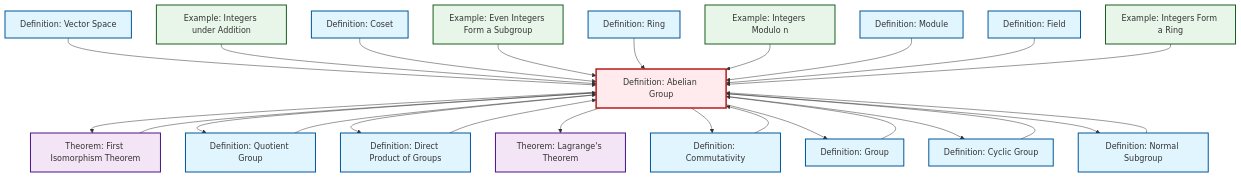
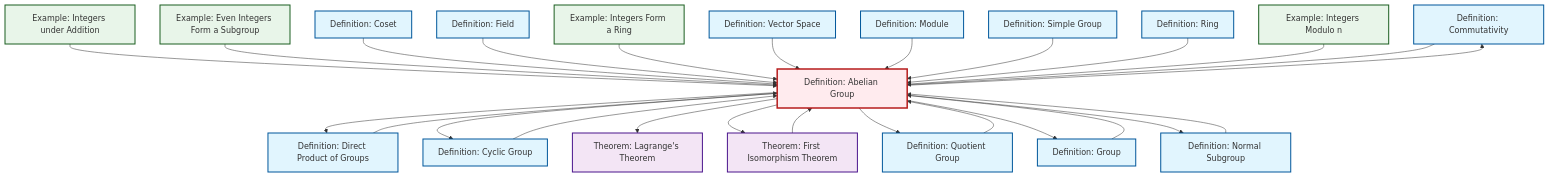
Before and after one commit to RK0429/ModernMath: the diagram in content/en/algebra/def-abelian-group.qmd, drawn with Mermaid. The commit also changed 554 other files, not shown here.

````diff
--- a/content/en/algebra/def-abelian-group.qmd
+++ b/content/en/algebra/def-abelian-group.qmd
@@ -102,69 +102,72 @@
 ```{mermaid}
 %%| fig-cap: "Local dependency graph"
 graph TD
     classDef definition fill:#e1f5fe,stroke:#01579b,stroke-width:2px
     classDef theorem fill:#f3e5f5,stroke:#4a148c,stroke-width:2px
     classDef axiom fill:#fff3e0,stroke:#e65100,stroke-width:2px
     classDef example fill:#e8f5e9,stroke:#1b5e20,stroke-width:2px
     classDef current fill:#ffebee,stroke:#b71c1c,stroke-width:3px
-    def-abelian-group["Definition: Abelian Group"]:::definition
+    def-commutativity["Definition: Commutativity"]:::definition
+    def-module["Definition: Module"]:::definition
+    ex-integers-addition["Example: Integers under Addition"]:::example
+    thm-lagrange["Theorem: Lagrange's Theorem"]:::theorem
+    ex-quotient-integers-mod-n["Example: Integers Modulo n"]:::example
     def-cyclic-group["Definition: Cyclic Group"]:::definition
+    def-group["Definition: Group"]:::definition
     def-quotient-group["Definition: Quotient Group"]:::definition
     def-field["Definition: Field"]:::definition
+    def-abelian-group["Definition: Abelian Group"]:::definition
     def-coset["Definition: Coset"]:::definition
     thm-first-isomorphism["Theorem: First Isomorphism Theorem"]:::theorem
     def-ring["Definition: Ring"]:::definition
-    def-group["Definition: Group"]:::definition
-    def-normal-subgroup["Definition: Normal Subgroup"]:::definition
-    ex-integers-ring["Example: Integers Form a Ring"]:::example
-    thm-lagrange["Theorem: Lagrange's Theorem"]:::theorem
-    def-module["Definition: Module"]:::definition
-    ex-even-integers-subgroup["Example: Even Integers Form a Subgroup"]:::example
-    def-commutativity["Definition: Commutativity"]:::definition
-    ex-integers-addition["Example: Integers under Addition"]:::example
-    ex-quotient-integers-mod-n["Example: Integers Modulo n"]:::example
     def-direct-product["Definition: Direct Product of Groups"]:::definition
     def-vector-space["Definition: Vector Space"]:::definition
+    ex-even-integers-subgroup["Example: Even Integers Form a Subgroup"]:::example
+    def-simple-group["Definition: Simple Group"]:::definition
+    ex-integers-ring["Example: Integers Form a Ring"]:::example
+    def-normal-subgroup["Definition: Normal Subgroup"]:::definition
+    def-abelian-group --> def-commutativity
     def-normal-subgroup --> def-abelian-group
+    ex-integers-addition --> def-abelian-group
+    ex-even-integers-subgroup --> def-abelian-group
+    def-coset --> def-abelian-group
+    def-abelian-group --> def-direct-product
+    def-field --> def-abelian-group
+    ex-integers-ring --> def-abelian-group
+    def-vector-space --> def-abelian-group
+    def-abelian-group --> def-cyclic-group
+    def-abelian-group --> thm-lagrange
+    def-cyclic-group --> def-abelian-group
     def-abelian-group --> thm-first-isomorphism
+    def-module --> def-abelian-group
+    def-group --> def-abelian-group
+    def-simple-group --> def-abelian-group
     thm-first-isomorphism --> def-abelian-group
+    def-ring --> def-abelian-group
     def-abelian-group --> def-quotient-group
-    def-abelian-group --> def-direct-product
-    def-vector-space --> def-abelian-group
-    ex-integers-addition --> def-abelian-group
-    def-group --> def-abelian-group
-    def-coset --> def-abelian-group
     def-direct-product --> def-abelian-group
-    def-cyclic-group --> def-abelian-group
-    ex-even-integers-subgroup --> def-abelian-group
-    def-ring --> def-abelian-group
-    def-abelian-group --> thm-lagrange
     ex-quotient-integers-mod-n --> def-abelian-group
-    def-module --> def-abelian-group
-    def-abelian-group --> def-commutativity
-    def-field --> def-abelian-group
     def-abelian-group --> def-group
+    def-commutativity --> def-abelian-group
+    def-abelian-group --> def-normal-subgroup
     def-quotient-group --> def-abelian-group
-    def-commutativity --> def-abelian-group
-    ex-integers-ring --> def-abelian-group
-    def-abelian-group --> def-cyclic-group
-    def-abelian-group --> def-normal-subgroup
     class def-abelian-group current
+    click def-commutativity "def-commutativity.html" "Go to Commutativity definition"
+    click def-module "def-module.html" "Go to Module definition"
+    click ex-integers-addition "ex-integers-addition.html" "Go to Integers under Addition example"
+    click thm-lagrange "thm-lagrange.html" "Go to Lagrange's Theorem theorem"
+    click ex-quotient-integers-mod-n "ex-quotient-integers-mod-n.html" "Go to Integers Modulo n example"
     click def-cyclic-group "def-cyclic-group.html" "Go to Cyclic Group definition"
+    click def-group "def-group.html" "Go to Group definition"
     click def-quotient-group "def-quotient-group.html" "Go to Quotient Group definition"
     click def-field "def-field.html" "Go to Field definition"
     click def-coset "def-coset.html" "Go to Coset definition"
     click thm-first-isomorphism "thm-first-isomorphism.html" "Go to First Isomorphism Theorem theorem"
     click def-ring "def-ring.html" "Go to Ring definition"
-    click def-group "def-group.html" "Go to Group definition"
-    click def-normal-subgroup "def-normal-subgroup.html" "Go to Normal Subgroup definition"
-    click ex-integers-ring "ex-integers-ring.html" "Go to Integers Form a Ring example"
-    click thm-lagrange "thm-lagrange.html" "Go to Lagrange's Theorem theorem"
-    click def-module "def-module.html" "Go to Module definition"
-    click ex-even-integers-subgroup "ex-even-integers-subgroup.html" "Go to Even Integers Form a Subgroup example"
-    click def-commutativity "def-commutativity.html" "Go to Commutativity definition"
-    click ex-integers-addition "ex-integers-addition.html" "Go to Integers under Addition example"
-    click ex-quotient-integers-mod-n "ex-quotient-integers-mod-n.html" "Go to Integers Modulo n example"
     click def-direct-product "def-direct-product.html" "Go to Direct Product of Groups definition"
     click def-vector-space "def-vector-space.html" "Go to Vector Space definition"
+    click ex-even-integers-subgroup "ex-even-integers-subgroup.html" "Go to Even Integers Form a Subgroup example"
+    click def-simple-group "def-simple-group.html" "Go to Simple Group definition"
+    click ex-integers-ring "ex-integers-ring.html" "Go to Integers Form a Ring example"
+    click def-normal-subgroup "def-normal-subgroup.html" "Go to Normal Subgroup definition"
 ```
````
